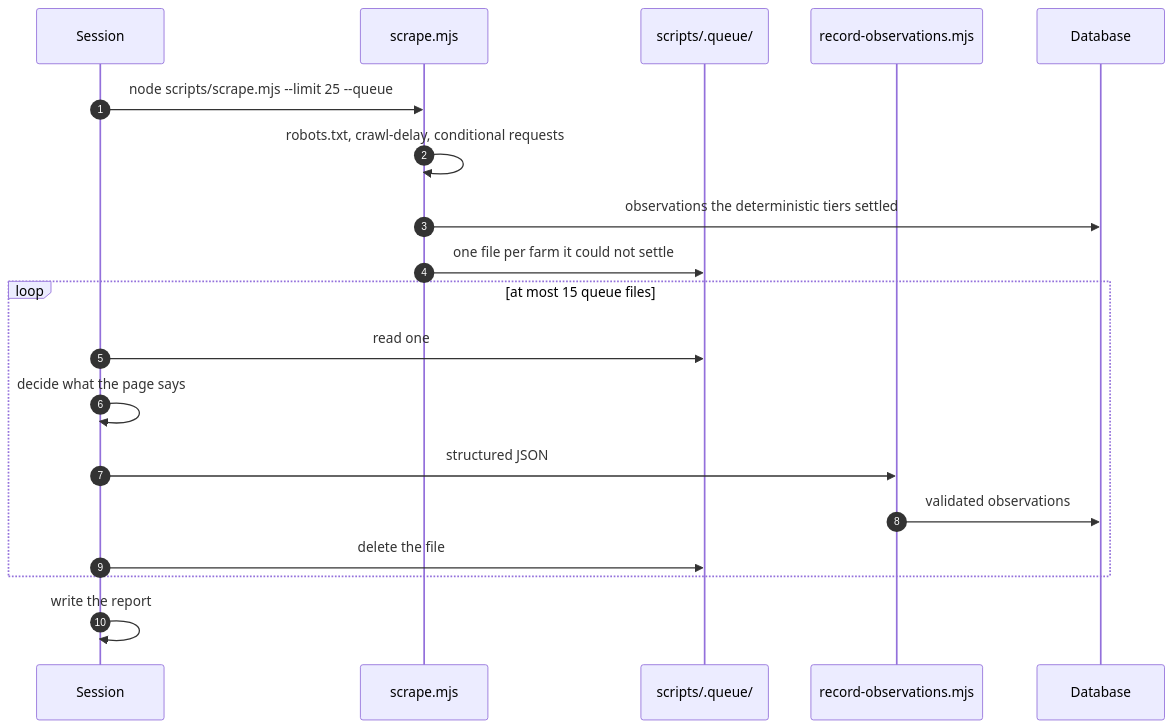
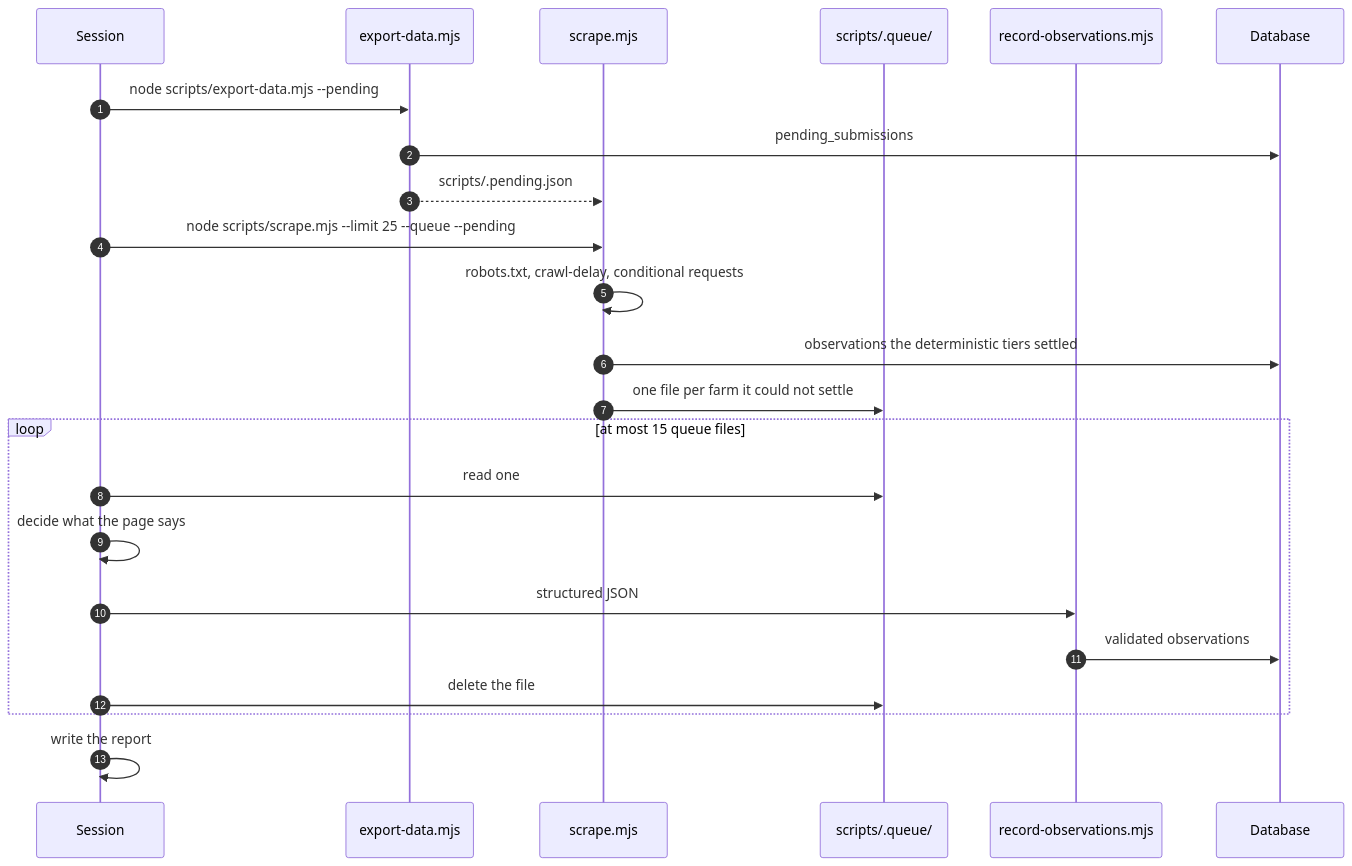
Before and after one commit to minormending/orchard-map: the third of 5 diagrams in docs/routines.md, drawn with Mermaid. The commit also changed other lines of this file and 16 other files, not shown here.

````diff
--- a/docs/routines.md
+++ b/docs/routines.md
@@ -51,22 +51,26 @@
 ```mermaid
 sequenceDiagram
     autonumber
     participant S as Session
+    participant E as export-data.mjs
     participant C as scrape.mjs
     participant Q as scripts/.queue/
     participant R as record-observations.mjs
     participant DB as Database
 
-    S->>C: node scripts/scrape.mjs --limit 25 --queue
+    S->>E: node scripts/export-data.mjs --pending
+    E->>DB: pending_submissions
+    E-->>C: scripts/.pending.json
+    S->>C: node scripts/scrape.mjs --limit 25 --queue --pending
     C->>C: robots.txt, crawl-delay, conditional requests
     C->>DB: observations the deterministic tiers settled
     C->>Q: one file per farm it could not settle
     loop at most 15 queue files
         S->>Q: read one
         S->>S: decide what the page says
         S->>R: structured JSON
         R->>DB: validated observations
         S->>Q: delete the file
     end
     S->>S: write the report
 ```
````
